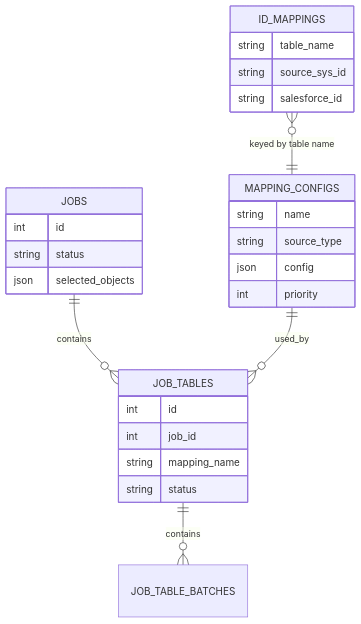
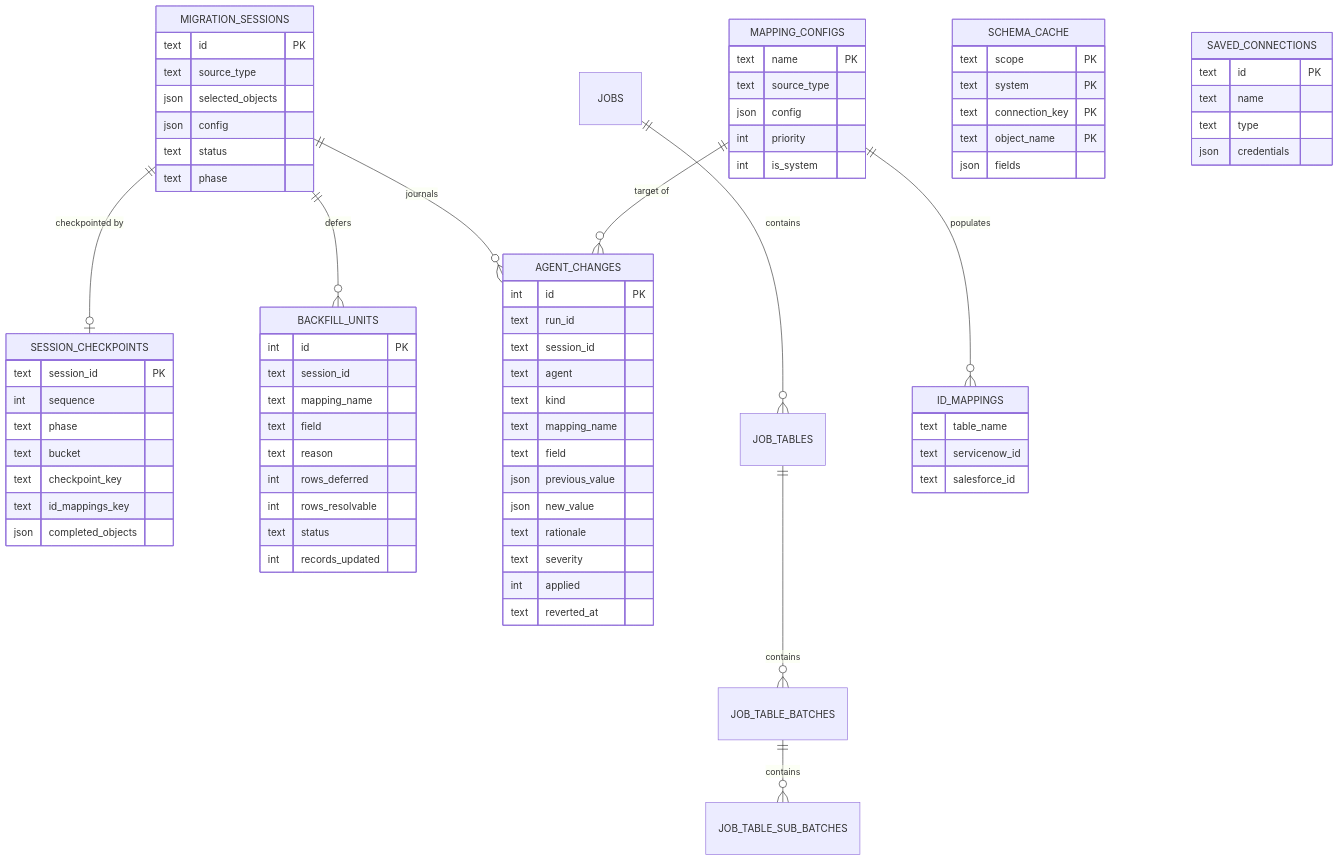
One commit to shahid-rawther/SF-Data-Migration-LLM changed the ninth of 10 diagrams in docs/ARCHITECTURE.md. Above: the diagram before and after it, drawn with Mermaid. The commit also changed other lines of this file and 76 other files, not shown here.

````diff
--- a/docs/ARCHITECTURE.md
+++ b/docs/ARCHITECTURE.md
@@ -263,30 +581,80 @@
 ```mermaid
 erDiagram
+  MIGRATION_SESSIONS ||--o| SESSION_CHECKPOINTS : "checkpointed by"
+  MIGRATION_SESSIONS ||--o{ BACKFILL_UNITS : defers
+  MIGRATION_SESSIONS ||--o{ AGENT_CHANGES : journals
   JOBS ||--o{ JOB_TABLES : contains
   JOB_TABLES ||--o{ JOB_TABLE_BATCHES : contains
-  MAPPING_CONFIGS ||--o{ JOB_TABLES : used_by
-  ID_MAPPINGS }o--|| MAPPING_CONFIGS : "keyed by table name"
+  JOB_TABLE_BATCHES ||--o{ JOB_TABLE_SUB_BATCHES : contains
+  MAPPING_CONFIGS ||--o{ AGENT_CHANGES : "target of"
+  MAPPING_CONFIGS ||--o{ ID_MAPPINGS : populates
 
-  JOBS {
-    int id
-    string status
+  MIGRATION_SESSIONS {
+    text id PK
+    text source_type
     json selected_objects
+    json config
+    text status
+    text phase
   }
-  JOB_TABLES {
-    int id
-    int job_id
-    string mapping_name
-    string status
+  SESSION_CHECKPOINTS {
+    text session_id PK
+    int sequence
+    text phase
+    text bucket
+    text checkpoint_key
+    text id_mappings_key
+    json completed_objects
+  }
+  BACKFILL_UNITS {
+    int id PK
+    text session_id
+    text mapping_name
+    text field
+    text reason
+    int rows_deferred
+    int rows_resolvable
+    text status
+    int records_updated
+  }
+  AGENT_CHANGES {
+    int id PK
+    text run_id
+    text session_id
+    text agent
+    text kind
+    text mapping_name
+    text field
+    json previous_value
+    json new_value
+    text rationale
+    text severity
+    int applied
+    text reverted_at
   }
   MAPPING_CONFIGS {
-    string name
-    string source_type
+    text name PK
+    text source_type
     json config
     int priority
+    int is_system
   }
   ID_MAPPINGS {
-    string table_name
-    string source_sys_id
-    string salesforce_id
+    text table_name
+    text servicenow_id
+    text salesforce_id
+  }
+  SCHEMA_CACHE {
+    text scope PK
+    text system PK
+    text connection_key PK
+    text object_name PK
+    json fields
+  }
+  SAVED_CONNECTIONS {
+    text id PK
+    text name
+    text type
+    json credentials
   }
 ```
````
